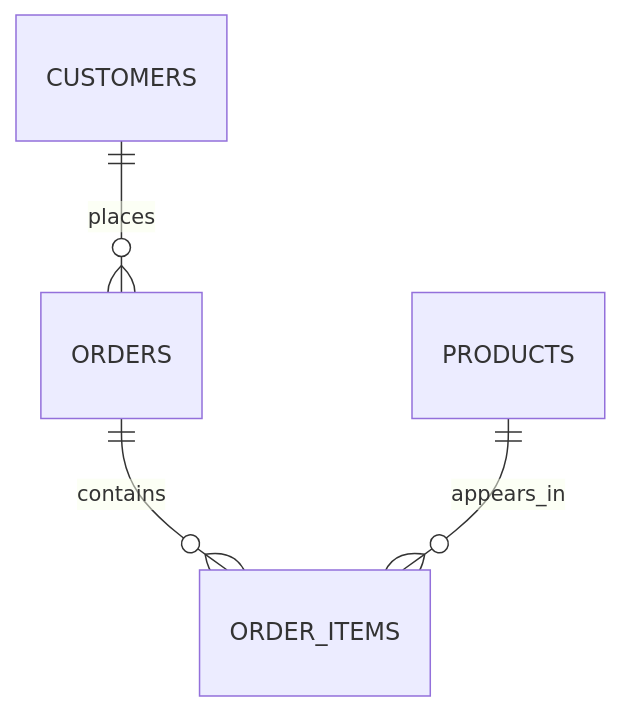
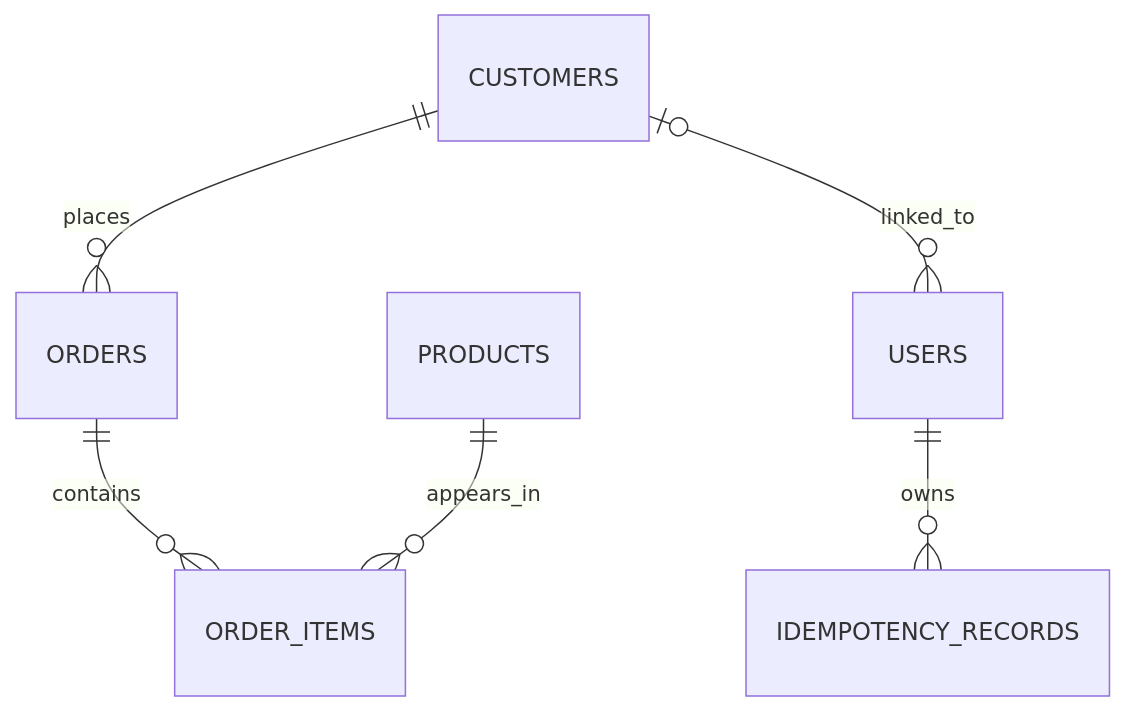
One commit to anush273/meridian-backend changed the second of 2 diagrams in README.md. Above: the diagram before and after it, drawn with Mermaid. The commit also changed other lines of this file and 2 other files, not shown here.

````diff
--- a/README.md
+++ b/README.md
@@ -141,6 +222,8 @@
 ```mermaid
 erDiagram
     CUSTOMERS ||--o{ ORDERS : places
     ORDERS ||--o{ ORDER_ITEMS : contains
     PRODUCTS ||--o{ ORDER_ITEMS : appears_in
+    CUSTOMERS o|--o{ USERS : linked_to
+    USERS ||--o{ IDEMPOTENCY_RECORDS : owns
 ```
````
